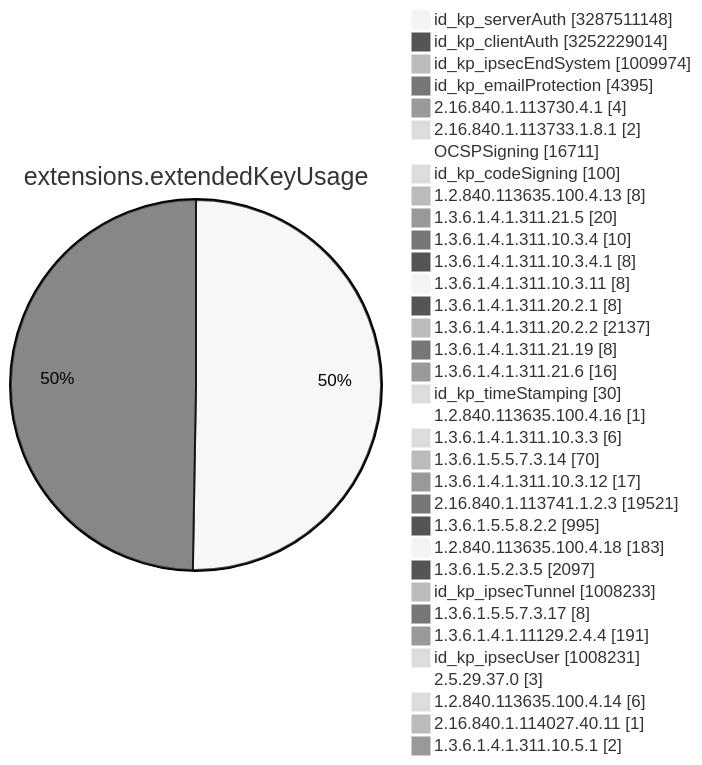
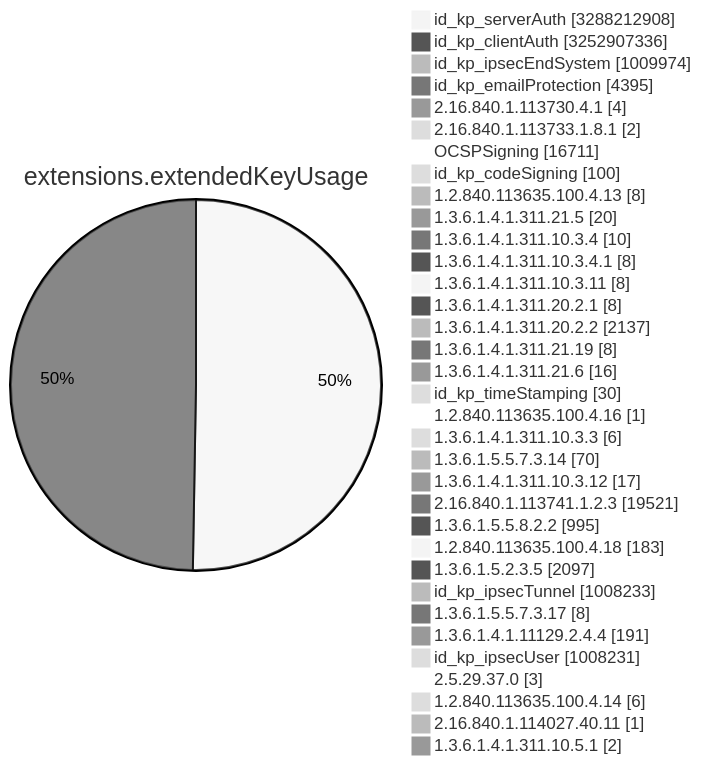
Diagram 11 of 15 in TOTAL/README.md (christiankrug/ctmonitor_visualization), drawn with Mermaid (neutral theme) before and after one commit. The commit also changed other lines of this file, not shown here.

````diff
--- a/TOTAL/README.md
+++ b/TOTAL/README.md
@@ -4119,38 +4119,38 @@
 ```mermaid
 pie showData
 title extensions.extendedKeyUsage
-"id_kp_serverAuth" :3287511148
-"id_kp_clientAuth" :3252229014
+"id_kp_serverAuth" :3288212908
+"id_kp_clientAuth" :3252907336
 "id_kp_ipsecEndSystem" :1009974
 "id_kp_emailProtection" :4395
 "2.16.840.1.113730.4.1" :4
 "2.16.840.1.113733.1.8.1" :2
 "OCSPSigning" :16711
 "id_kp_codeSigning" :100
 "1.2.840.113635.100.4.13" :8
 "1.3.6.1.4.1.311.21.5" :20
 "1.3.6.1.4.1.311.10.3.4" :10
 "1.3.6.1.4.1.311.10.3.4.1" :8
 "1.3.6.1.4.1.311.10.3.11" :8
 "1.3.6.1.4.1.311.20.2.1" :8
 "1.3.6.1.4.1.311.20.2.2" :2137
 "1.3.6.1.4.1.311.21.19" :8
 "1.3.6.1.4.1.311.21.6" :16
 "id_kp_timeStamping" :30
 "1.2.840.113635.100.4.16" :1
 "1.3.6.1.4.1.311.10.3.3" :6
 "1.3.6.1.5.5.7.3.14" :70
 "1.3.6.1.4.1.311.10.3.12" :17
 "2.16.840.1.113741.1.2.3" :19521
 "1.3.6.1.5.5.8.2.2" :995
 "1.2.840.113635.100.4.18" :183
 "1.3.6.1.5.2.3.5" :2097
 "id_kp_ipsecTunnel" :1008233
 "1.3.6.1.5.5.7.3.17" :8
 "1.3.6.1.4.1.11129.2.4.4" :191
 "id_kp_ipsecUser" :1008231
 "2.5.29.37.0" :3
 "1.2.840.113635.100.4.14" :6
 "2.16.840.1.114027.40.11" :1
 "1.3.6.1.4.1.311.10.5.1" :2
 ```
````
